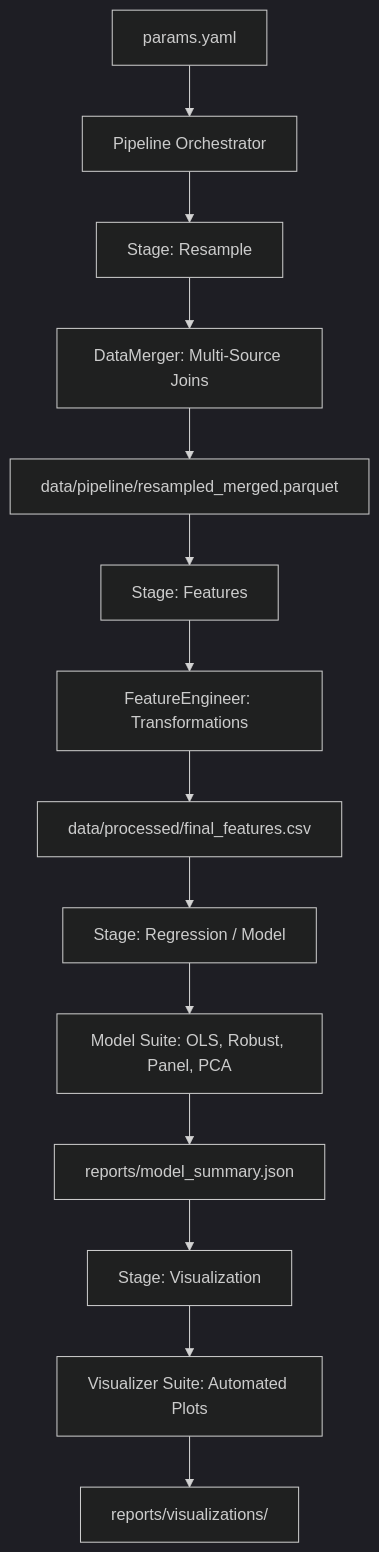
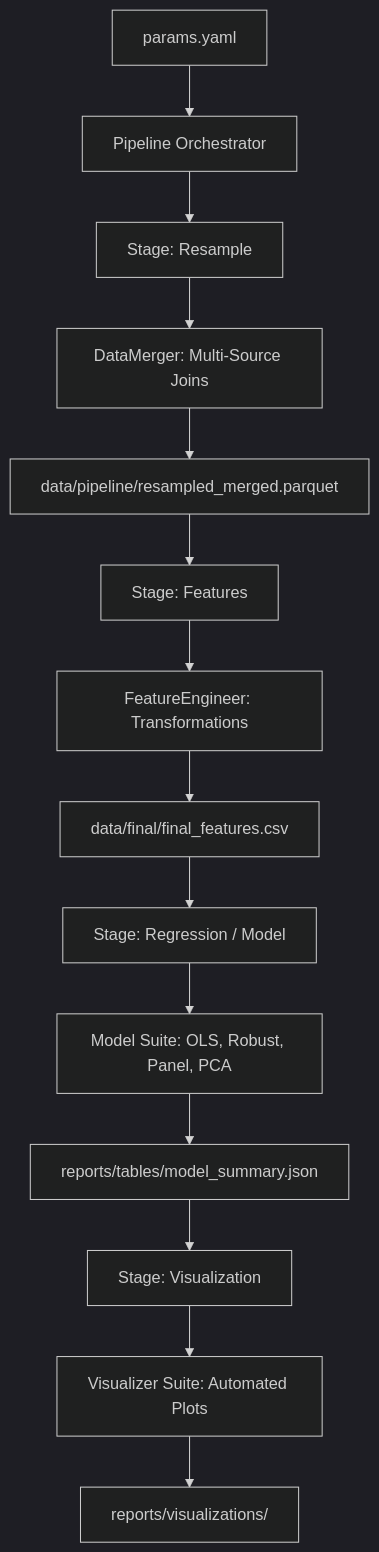
The first of 2 diagrams in docs/architecture.md (corybaird/stats-transformer), drawn with Mermaid (dark theme) before and after one commit. The commit also changed other lines of this file and 2 other files, not shown here.

````diff
--- a/docs/architecture.md
+++ b/docs/architecture.md
@@ -9,16 +9,16 @@
 ```mermaid
 graph TD
     A[params.yaml] --> B[Pipeline Orchestrator]
     B --> C[Stage: Resample]
     C --> D[DataMerger: Multi-Source Joins]
     D --> E[data/pipeline/resampled_merged.parquet]
     E --> F[Stage: Features]
     F --> G[FeatureEngineer: Transformations]
-    G --> H[data/processed/final_features.csv]
+    G --> H[data/final/final_features.csv]
     H --> I[Stage: Regression / Model]
     I --> J[Model Suite: OLS, Robust, Panel, PCA]
-    J --> K[reports/model_summary.json]
+    J --> K[reports/tables/model_summary.json]
     K --> L[Stage: Visualization]
     L --> M[Visualizer Suite: Automated Plots]
     M --> N[reports/visualizations/]
 ```
````
